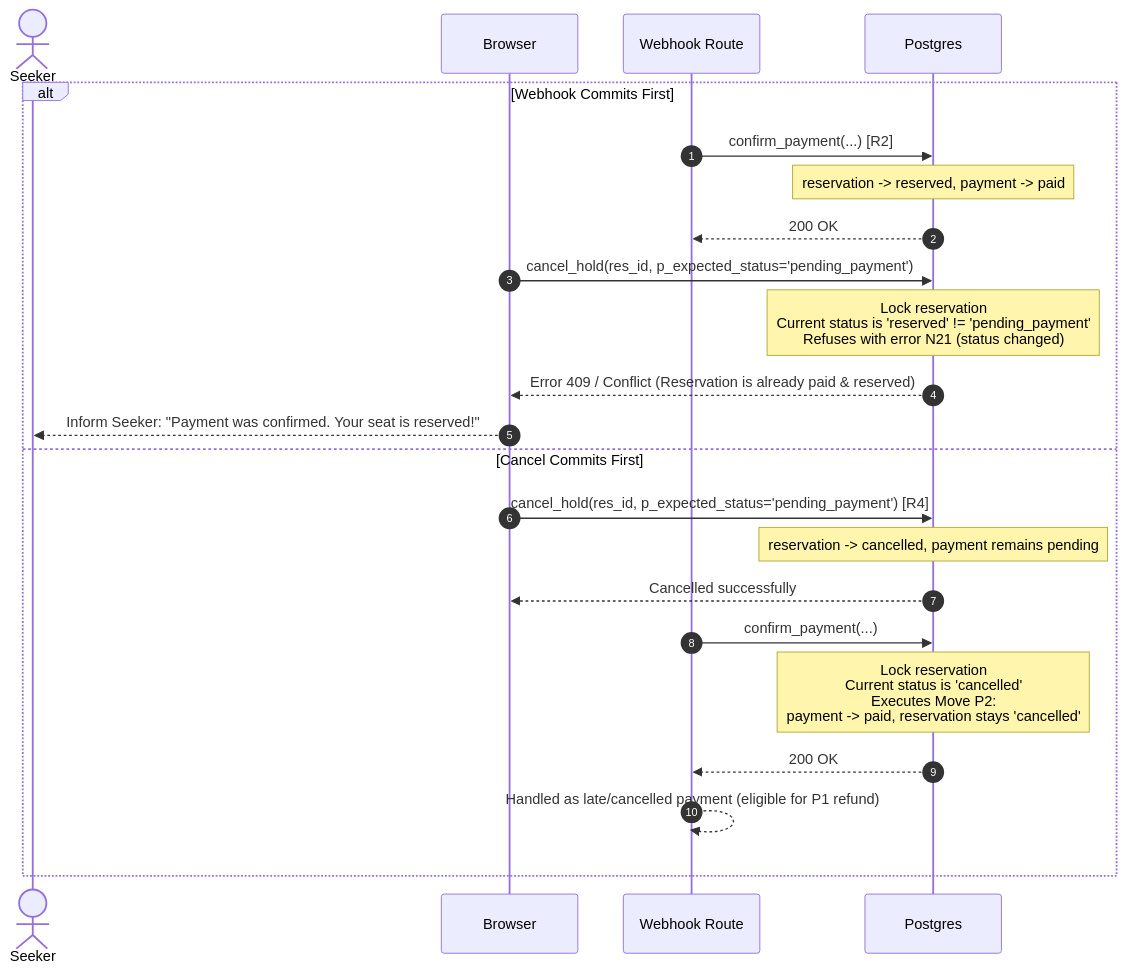
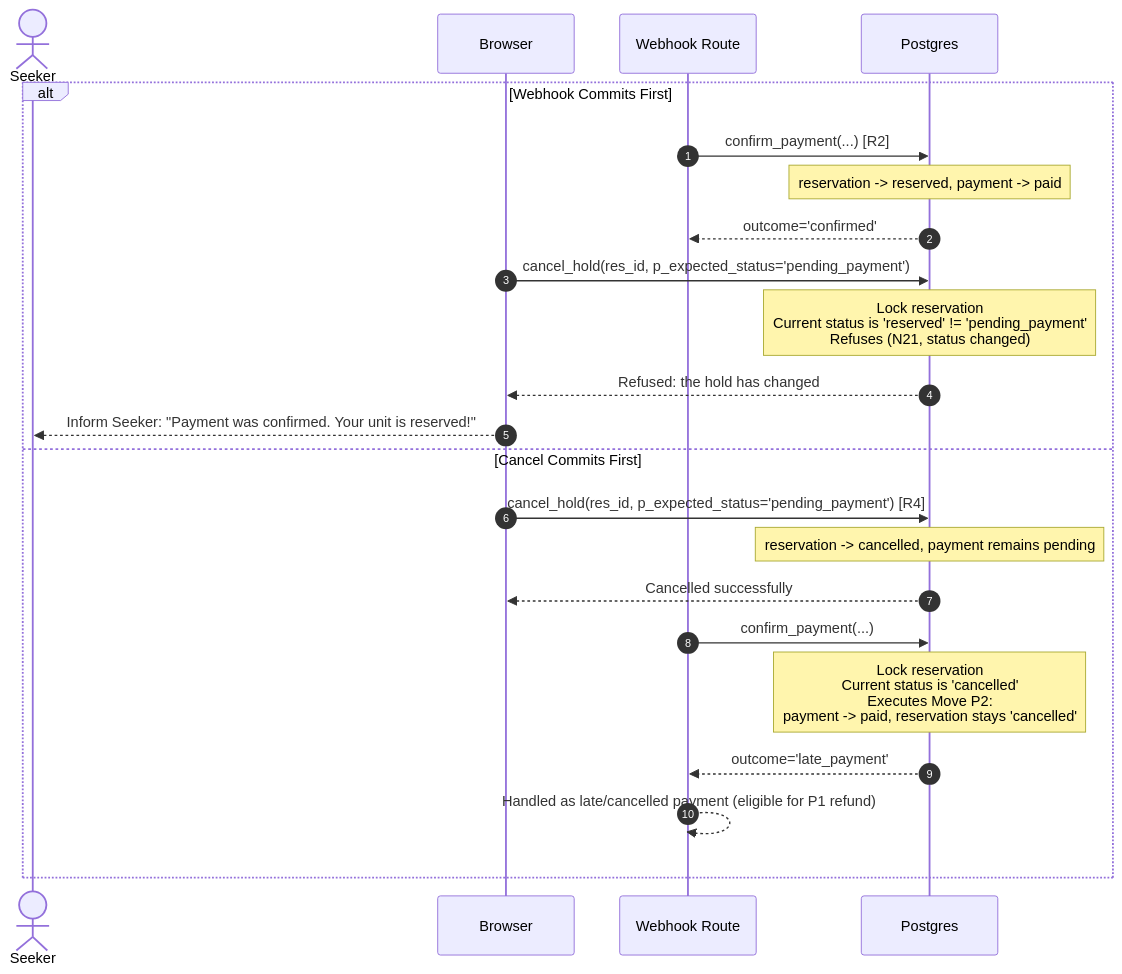
The fourth of 5 diagrams in docs/flows/sandbox-payment-confirmation.md (dreeyanzz/studyhub), drawn with Mermaid before and after one commit. The commit also changed other lines of this file and 3 other files, not shown here.

First line of the commit message:
docs(STORY-00): correct the payment flow's contract, route and diagrams

````diff
--- a/docs/flows/sandbox-payment-confirmation.md
+++ b/docs/flows/sandbox-payment-confirmation.md
@@ -193,26 +227,26 @@
 ```mermaid
 sequenceDiagram
     autonumber
     actor S as Seeker
     participant B as Browser
     participant WH as Webhook Route
     participant DB as Postgres
 
     alt Webhook Commits First
         WH->>DB: confirm_payment(...) [R2]
         Note over DB: reservation -> reserved, payment -> paid
-        DB-->>WH: 200 OK
+        DB-->>WH: outcome='confirmed'
         B->>DB: cancel_hold(res_id, p_expected_status='pending_payment')
-        Note over DB: Lock reservation<br/>Current status is 'reserved' != 'pending_payment'<br/>Refuses with error N21 (status changed)
-        DB-->>B: Error 409 / Conflict (Reservation is already paid & reserved)
-        B-->>S: Inform Seeker: "Payment was confirmed. Your seat is reserved!"
+        Note over DB: Lock reservation<br/>Current status is 'reserved' != 'pending_payment'<br/>Refuses (N21, status changed)
+        DB-->>B: Refused: the hold has changed
+        B-->>S: Inform Seeker: "Payment was confirmed. Your unit is reserved!"
     else Cancel Commits First
         B->>DB: cancel_hold(res_id, p_expected_status='pending_payment') [R4]
         Note over DB: reservation -> cancelled, payment remains pending
         DB-->>B: Cancelled successfully
         WH->>DB: confirm_payment(...)
         Note over DB: Lock reservation<br/>Current status is 'cancelled'<br/>Executes Move P2:<br/>payment -> paid, reservation stays 'cancelled'
-        DB-->>WH: 200 OK
+        DB-->>WH: outcome='late_payment'
         WH-->>WH: Handled as late/cancelled payment (eligible for P1 refund)
     end
 ```
````
